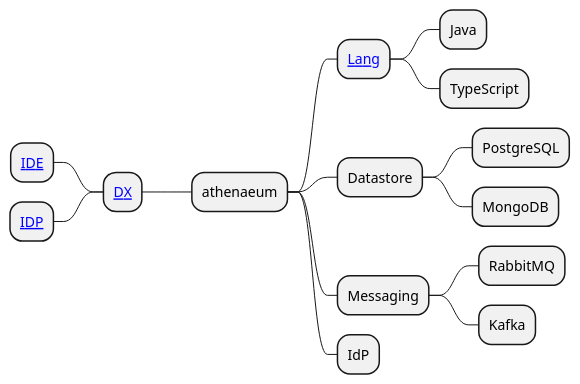
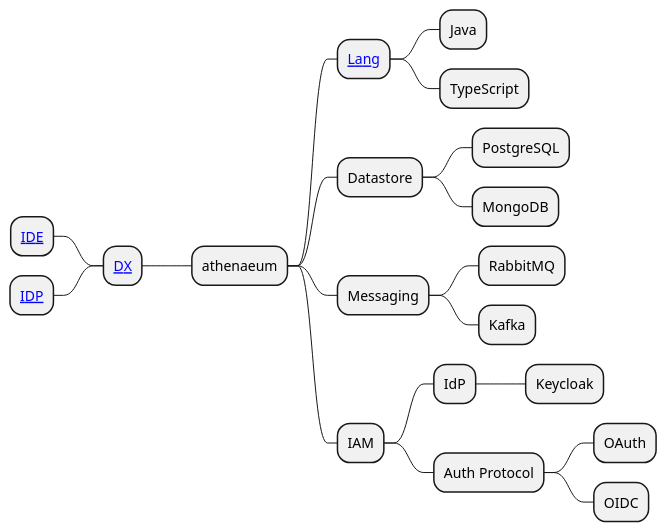
The diagram in shared/assets/puml/overview.puml (ityreh/athenaeum), drawn with PlantUML before and after one commit. The commit also changed 9 other files, not shown here.

Commit message:
iam: setup keycloak

```diff
--- a/shared/assets/puml/overview.puml
+++ b/shared/assets/puml/overview.puml
@@ -1,16 +1,21 @@
 @startmindmap
 + athenaeum
 ++ [[http://plantuml.com{Programming Languages} Lang]]
 +++ Java
 +++ TypeScript
 ++ Datastore
 +++ PostgreSQL
 +++ MongoDB
 ++ Messaging
 +++ RabbitMQ
 +++ Kafka
-++ IdP
+++ IAM
++++ IdP
+++++ Keycloak
++++ Auth Protocol
+++++ OAuth
+++++ OIDC
 -- [[http://plantuml.com{Developer Experience} DX]]
 --- [[http://plantuml.com{Integrated Developer Environment} IDE]]
 --- [[http://plantuml.com{Integrated Developer Portal} IDP]]
 @endmindmap
```
